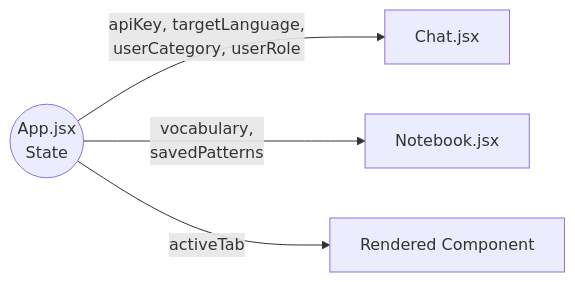
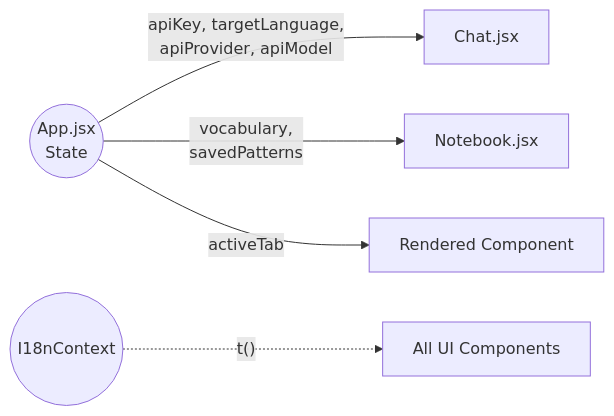
One commit to mokuback/multi-lang-coach changed the second of 2 diagrams in 系統分析書.md. Above: the diagram before and after it, drawn with Mermaid. The commit also changed other lines of this file and 108 other files, not shown here.

````diff
--- a/系統分析書.md
+++ b/系統分析書.md
@@ -170,6 +189,7 @@
 ```mermaid
 flowchart LR
-    State((App.jsx<br>State)) --"apiKey, targetLanguage,<br>userCategory, userRole"--> Chat.jsx
+    State((App.jsx<br>State)) --"apiKey, targetLanguage,<br>apiProvider, apiModel"--> Chat.jsx
     State --"vocabulary,<br>savedPatterns"--> Notebook.jsx
     State --"activeTab"--> View[Rendered Component]
+    I18n((I18nContext)) -.->|"t()"| AllComponents[All UI Components]
 ```
````
